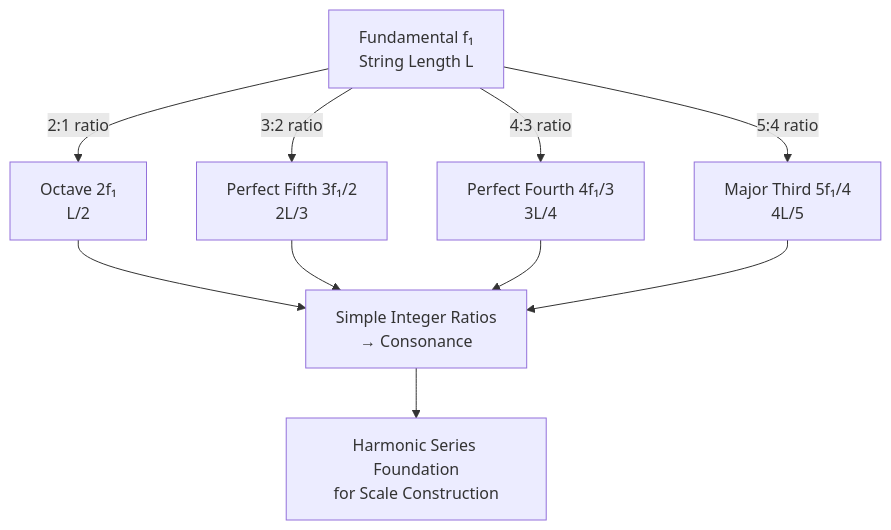
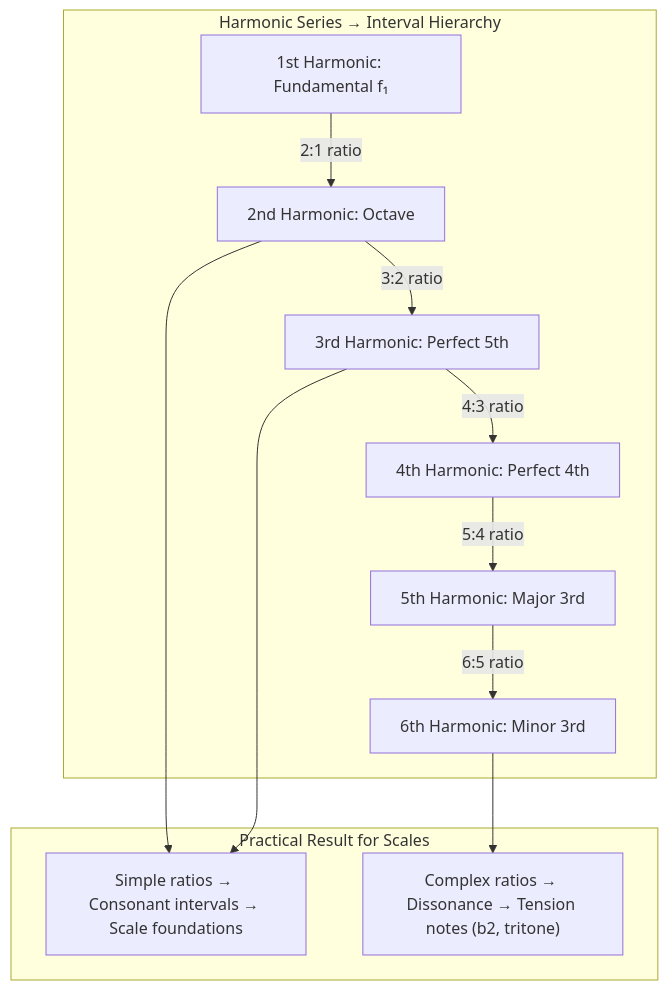
One commit to blebleblee/synapse changed the first of 6 diagrams in topics/arts/music_performance/guitar/lesson_03_scales_and_modes.md. Above: the diagram before and after it, drawn with Mermaid. The commit also changed other lines of this file and 2 other files, not shown here.

````diff
--- a/topics/arts/music_performance/guitar/lesson_03_scales_and_modes.md
+++ b/topics/arts/music_performance/guitar/lesson_03_scales_and_modes.md
@@ -19,14 +13,19 @@
 ```mermaid
 graph TD
-    A["Fundamental f₁<br/>String Length L"] -->|"2:1 ratio"| B["Octave 2f₁<br/>L/2"]
-    A -->|"3:2 ratio"| C["Perfect Fifth 3f₁/2<br/>2L/3"]
-    A -->|"4:3 ratio"| D["Perfect Fourth 4f₁/3<br/>3L/4"]
-    A -->|"5:4 ratio"| E["Major Third 5f₁/4<br/>4L/5"]
-    
-    B --> F["Simple Integer Ratios<br/>→ Consonance"]
-    C --> F
-    D --> F
-    E --> F
-    
-    F --> G["Harmonic Series Foundation<br/>for Scale Construction"]
+    subgraph sub_harmonic_series ["Harmonic Series → Interval Hierarchy"]
+        H1["1st Harmonic: Fundamental f₁"] -->|"2:1 ratio"| H2["2nd Harmonic: Octave"]
+        H2 -->|"3:2 ratio"| H3["3rd Harmonic: Perfect 5th"]
+        H3 -->|"4:3 ratio"| H4["4th Harmonic: Perfect 4th"]
+        H4 -->|"5:4 ratio"| H5["5th Harmonic: Major 3rd"]
+        H5 -->|"6:5 ratio"| H6["6th Harmonic: Minor 3rd"]
+    end
+
+    subgraph sub_practical_result ["Practical Result for Scales"]
+        R1["Simple ratios → Consonant intervals → Scale foundations"]
+        R2["Complex ratios → Dissonance → Tension notes (b2, tritone)"]
+    end
+
+    H2 --> R1
+    H3 --> R1
+    H6 --> R2
 ```
````
